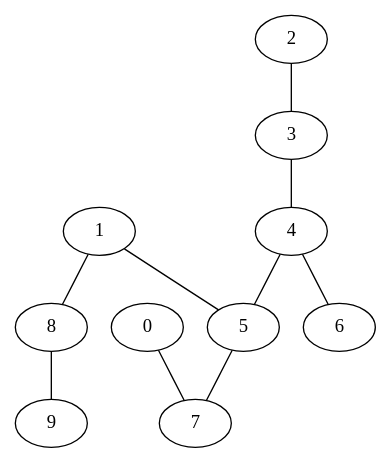
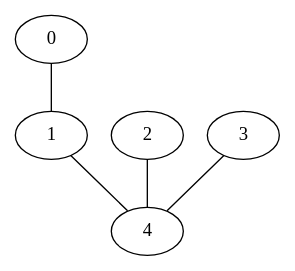
One commit to amkham/city_graf changed the diagram in files/input/dijkstra.dot. Above: the diagram before and after it, drawn with Graphviz.

```diff
--- a/files/input/dijkstra.dot
+++ b/files/input/dijkstra.dot
@@ -1,11 +1,6 @@
 graph G {
-0 -- 7;
-1 -- 5;
-1 -- 8;
-2 -- 3;
+0 -- 1;
+1 -- 4;
+2 -- 4;
 3 -- 4;
-4 -- 5;
-4 -- 6;
-5 -- 7;
-8 -- 9;
 }
```
